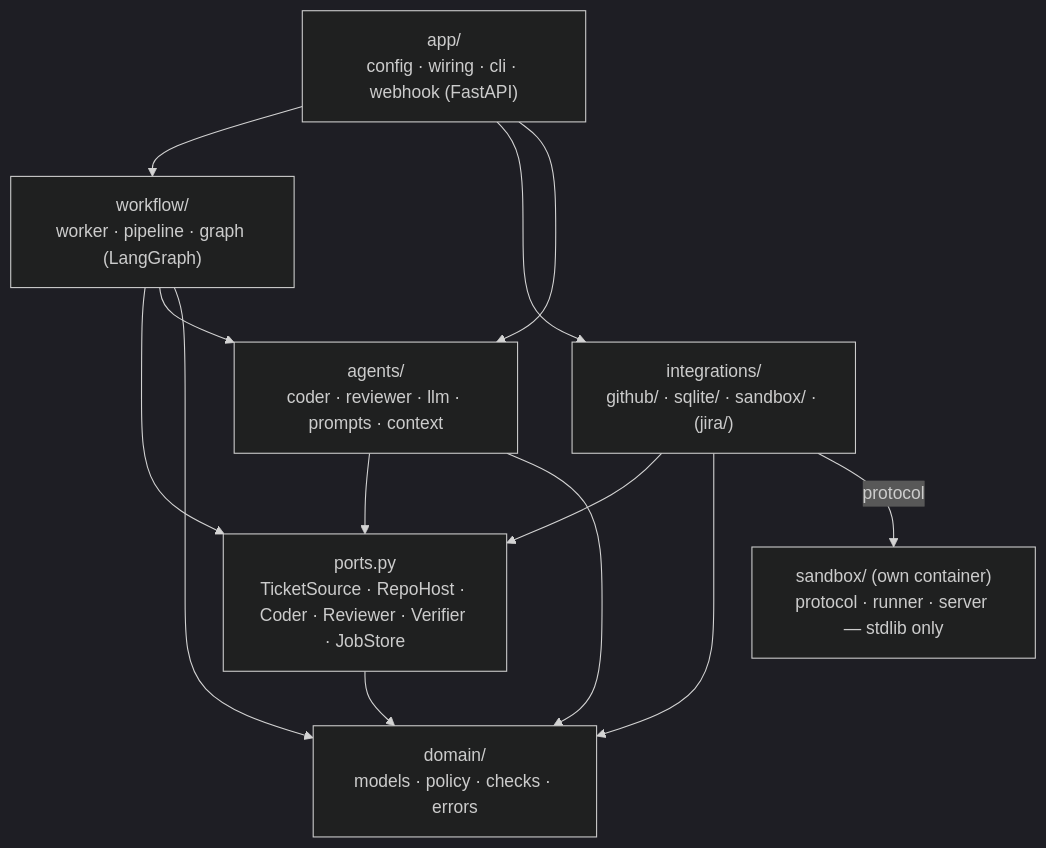
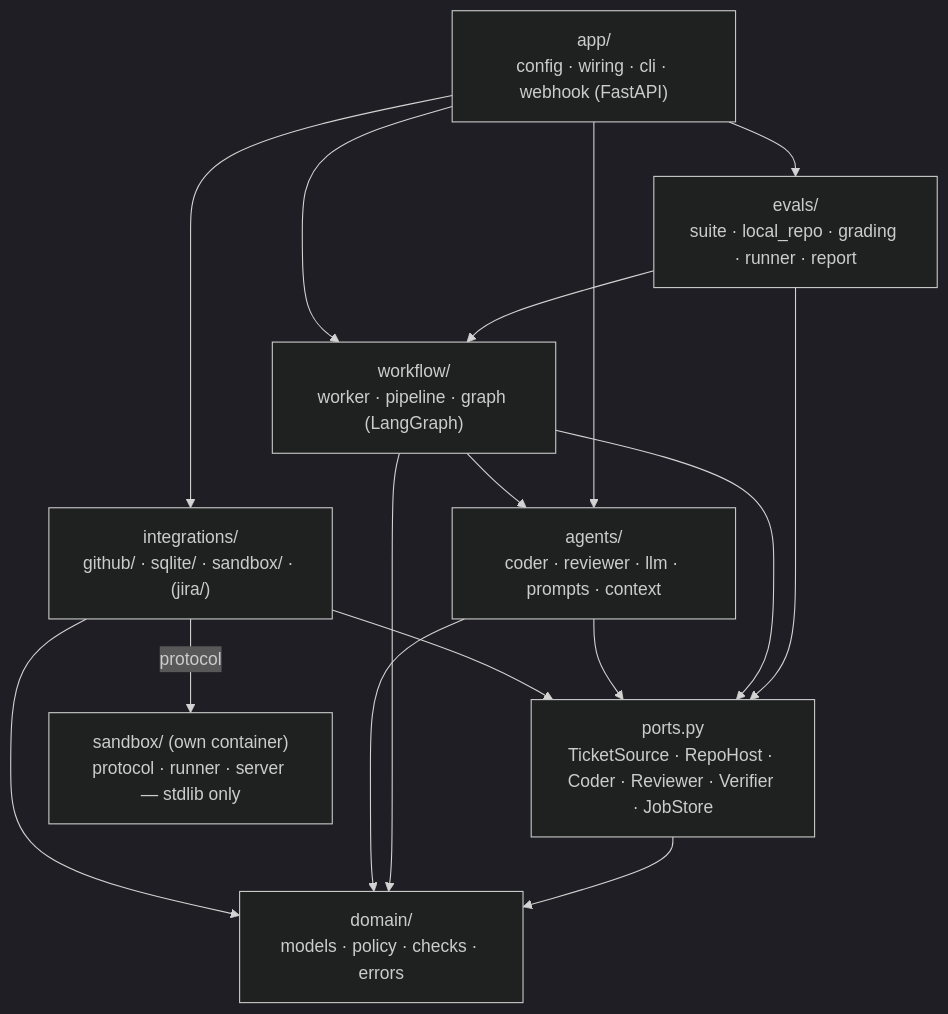
The first of 4 diagrams in ARCHITECTURE.md (SumanthKumar1210/autonomous_coding_agent), drawn with Mermaid (dark theme) before and after one commit. The commit also changed other lines of this file and 79 other files, not shown here.

````diff
--- a/ARCHITECTURE.md
+++ b/ARCHITECTURE.md
@@ -103,23 +104,27 @@
 ```mermaid
 flowchart TB
     app["app/<br/>config · wiring · cli · webhook (FastAPI)"]
     workflow["workflow/<br/>worker · pipeline · graph (LangGraph)"]
     agents["agents/<br/>coder · reviewer · llm · prompts · context"]
     integrations["integrations/<br/>github/ · sqlite/ · sandbox/ · (jira/)"]
     ports["ports.py<br/>TicketSource · RepoHost · Coder · Reviewer · Verifier · JobStore"]
     domain["domain/<br/>models · policy · checks · errors"]
     sandbox["sandbox/ (own container)<br/>protocol · runner · server — stdlib only"]
+    evals["evals/<br/>suite · local_repo · grading · runner · report"]
 
+    app --> evals
+    evals --> workflow
+    evals --> ports
     app --> workflow
     app --> integrations
     app --> agents
     workflow --> ports
     workflow --> agents
     agents --> ports
     integrations --> ports
     ports --> domain
     workflow --> domain
     agents --> domain
     integrations --> domain
     integrations -->|protocol| sandbox
 ```
````
